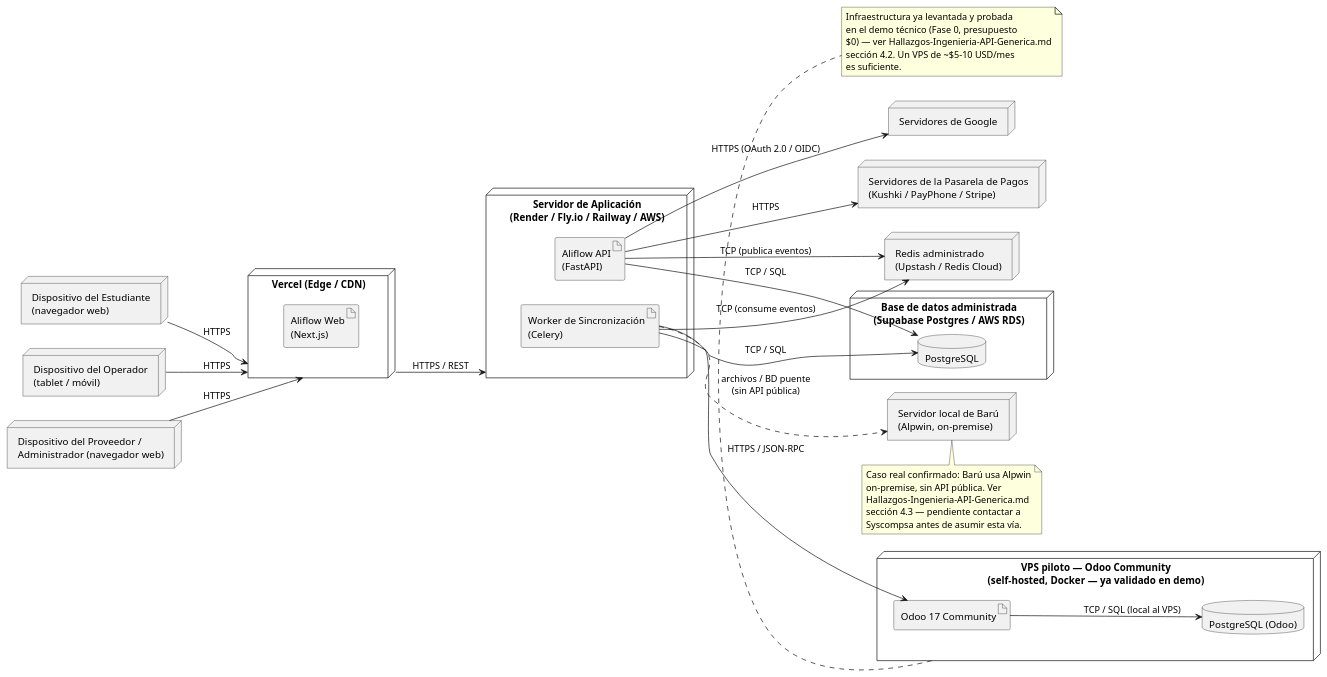
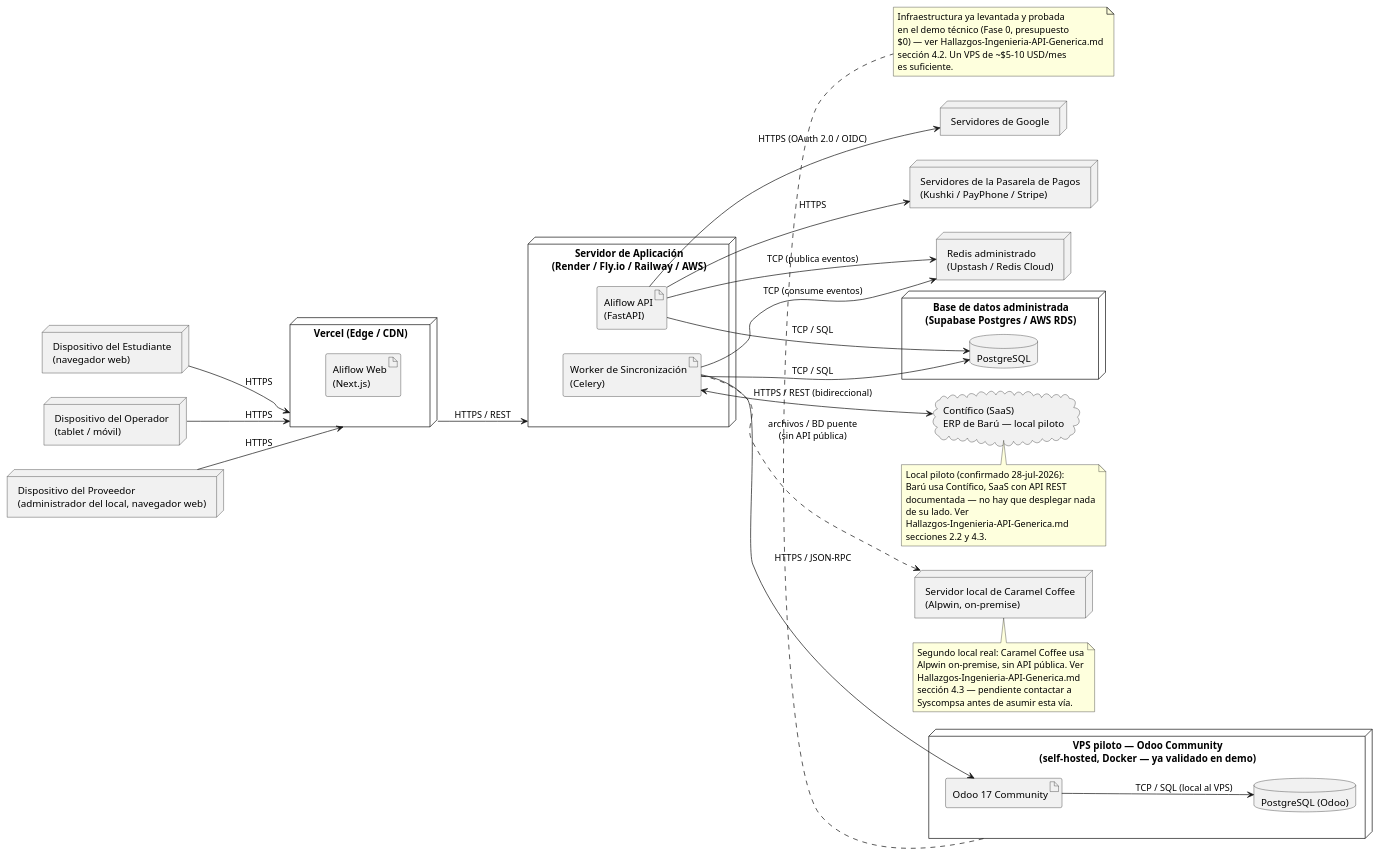
The diagram in uml/diagrama-despliegue.puml (Jesus-JB/aliflow), drawn with PlantUML before and after one commit. The commit also changed 47 other files, not shown here.

```diff
--- a/uml/diagrama-despliegue.puml
+++ b/uml/diagrama-despliegue.puml
@@ -1,71 +1,83 @@
 @startuml diagrama-despliegue-aliflow
 
 skinparam nodeStyle rectangle
 left to right direction
 
 node "Dispositivo del Estudiante\n(navegador web)" as DEV_EST
 node "Dispositivo del Operador\n(tablet / móvil)" as DEV_OP
-node "Dispositivo del Proveedor /\nAdministrador (navegador web)" as DEV_PROV
+node "Dispositivo del Proveedor\n(administrador del local, navegador web)" as DEV_PROV
 
 node "Vercel (Edge / CDN)" as VERCEL {
   artifact "Aliflow Web\n(Next.js)" as WEB_ART
 }
 
 node "Servidor de Aplicación\n(Render / Fly.io / Railway / AWS)" as APPSERVER {
   artifact "Aliflow API\n(FastAPI)" as API_ART
   artifact "Worker de Sincronización\n(Celery)" as WORKER_ART
 }
 
 node "Redis administrado\n(Upstash / Redis Cloud)" as REDIS_NODE
 
 node "Base de datos administrada\n(Supabase Postgres / AWS RDS)" as DBNODE {
   database "PostgreSQL" as DB
 }
 
 node "VPS piloto — Odoo Community\n(self-hosted, Docker — ya validado en demo)" as ODOO_VPS {
   artifact "Odoo 17 Community" as ODOO_ART
   database "PostgreSQL (Odoo)" as ODOO_DB
 }
 
-node "Servidor local de Barú\n(Alpwin, on-premise)" as ALPWIN_NODE
+cloud "Contífico (SaaS)\nERP de Barú — local piloto" as CONTIFICO_NODE
+
+node "Servidor local de Caramel Coffee\n(Alpwin, on-premise)" as ALPWIN_NODE
 
 node "Servidores de Google" as GOOGLE_NODE
 node "Servidores de la Pasarela de Pagos\n(Kushki / PayPhone / Stripe)" as PAY_NODE
 
 DEV_EST --> VERCEL : HTTPS
 DEV_OP --> VERCEL : HTTPS
 DEV_PROV --> VERCEL : HTTPS
 
 VERCEL --> APPSERVER : HTTPS / REST
 
 API_ART --> DB : TCP / SQL
 WORKER_ART --> DB : TCP / SQL
 
 API_ART --> REDIS_NODE : TCP (publica eventos)
 WORKER_ART --> REDIS_NODE : TCP (consume eventos)
 
 API_ART --> GOOGLE_NODE : HTTPS (OAuth 2.0 / OIDC)
 API_ART --> PAY_NODE : HTTPS
 
 WORKER_ART --> ODOO_ART : HTTPS / JSON-RPC
 ODOO_ART --> ODOO_DB : TCP / SQL (local al VPS)
 
+WORKER_ART <--> CONTIFICO_NODE : HTTPS / REST (bidireccional)
 WORKER_ART ..> ALPWIN_NODE : archivos / BD puente\n(sin API pública)
 
 note bottom of ODOO_VPS
   Infraestructura ya levantada y probada
   en el demo técnico (Fase 0, presupuesto
   $0) — ver Hallazgos-Ingenieria-API-Generica.md
   sección 4.2. Un VPS de ~$5-10 USD/mes
   es suficiente.
 end note
 
+note bottom of CONTIFICO_NODE
+  Local piloto (confirmado 28-jul-2026):
+  Barú usa Contífico, SaaS con API REST
+  documentada — no hay que desplegar nada
+  de su lado. Ver
+  Hallazgos-Ingenieria-API-Generica.md
+  secciones 2.2 y 4.3.
+end note
+
 note bottom of ALPWIN_NODE
-  Caso real confirmado: Barú usa Alpwin
-  on-premise, sin API pública. Ver
+  Segundo local real: Caramel Coffee usa
+  Alpwin on-premise, sin API pública. Ver
   Hallazgos-Ingenieria-API-Generica.md
   sección 4.3 — pendiente contactar a
   Syscompsa antes de asumir esta vía.
 end note
 
 @enduml
```
